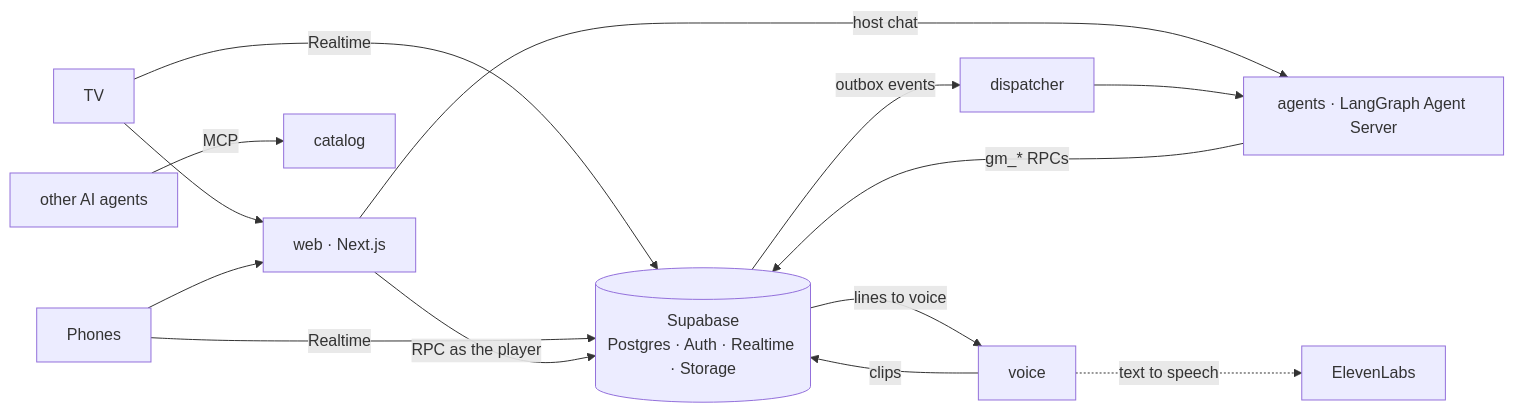
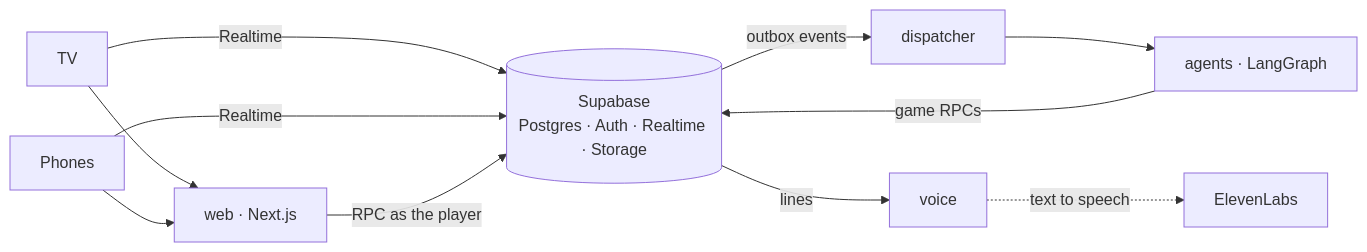
Before and after one commit to lekhanakalyanraj/gamenight: the diagram in README.md, drawn with Mermaid. The commit also changed other lines of this file and 107 other files, not shown here.

Commit message:
Slices 8 and 9: a teenage-engineering design system on every screen and device, a quiz of themed rounds prepared in full before it starts from questions researched on the web, and a laid-back host

````diff
--- a/README.md
+++ b/README.md
@@ -34,12 +52,9 @@
 ```mermaid
 flowchart LR
   TV["TV"] & Phone["Phones"] --> WEB["web · Next.js"]
   TV & Phone -- "Realtime" --> SB[("Supabase<br/>Postgres · Auth · Realtime · Storage")]
   WEB -- "RPC as the player" --> SB
-  WEB -- "host chat" --> AG["agents · LangGraph Agent Server"]
-  SB -- "outbox events" --> DSP["dispatcher"] --> AG
-  AG -- "gm_* RPCs" --> SB
-  SB -- "lines to voice" --> VOICE["voice"] -- "clips" --> SB
-  VOICE -. "text to speech" .-> EL["ElevenLabs"]
-  EXT["other AI agents"] -- "MCP" --> CAT["catalog"]
+  SB -- "outbox events" --> DSP["dispatcher"] --> AG["agents · LangGraph"]
+  AG -- "game RPCs" --> SB
+  SB -- "lines" --> VOICE["voice"] -. "text to speech" .-> EL["ElevenLabs"]
 ```
````
